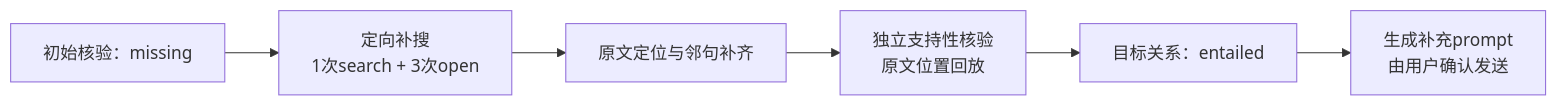
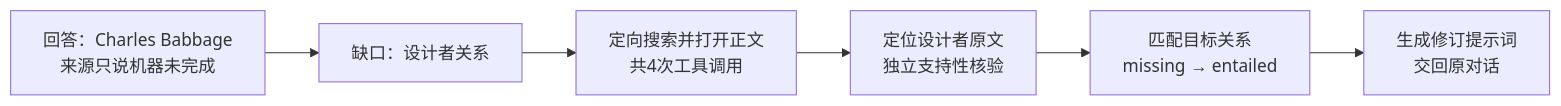
Before and after one commit to Gump111458785/evidence-verifier: the second of 3 diagrams in README.md, drawn with Mermaid. The commit also changed other lines of this file, not shown here.

````diff
--- a/README.md
+++ b/README.md
@@ -43,8 +105,8 @@
 ```mermaid
 flowchart LR
-    A["初始核验：missing"] --> B["定向补搜<br>1次search + 3次open"]
-    B --> C["原文定位与邻句补齐"]
-    C --> D["独立支持性核验<br>原文位置回放"]
-    D --> E["目标关系：entailed"]
-    E --> F["生成补充prompt<br>由用户确认发送"]
+    A["回答：Charles Babbage<br>来源只说机器未完成"] --> B["缺口：设计者关系"]
+    B --> C["定向搜索并打开正文<br>共4次工具调用"]
+    C --> D["定位设计者原文<br>独立支持性核验"]
+    D --> E["匹配目标关系<br>missing → entailed"]
+    E --> F["生成修订提示词<br>交回原对话"]
 ```
````
